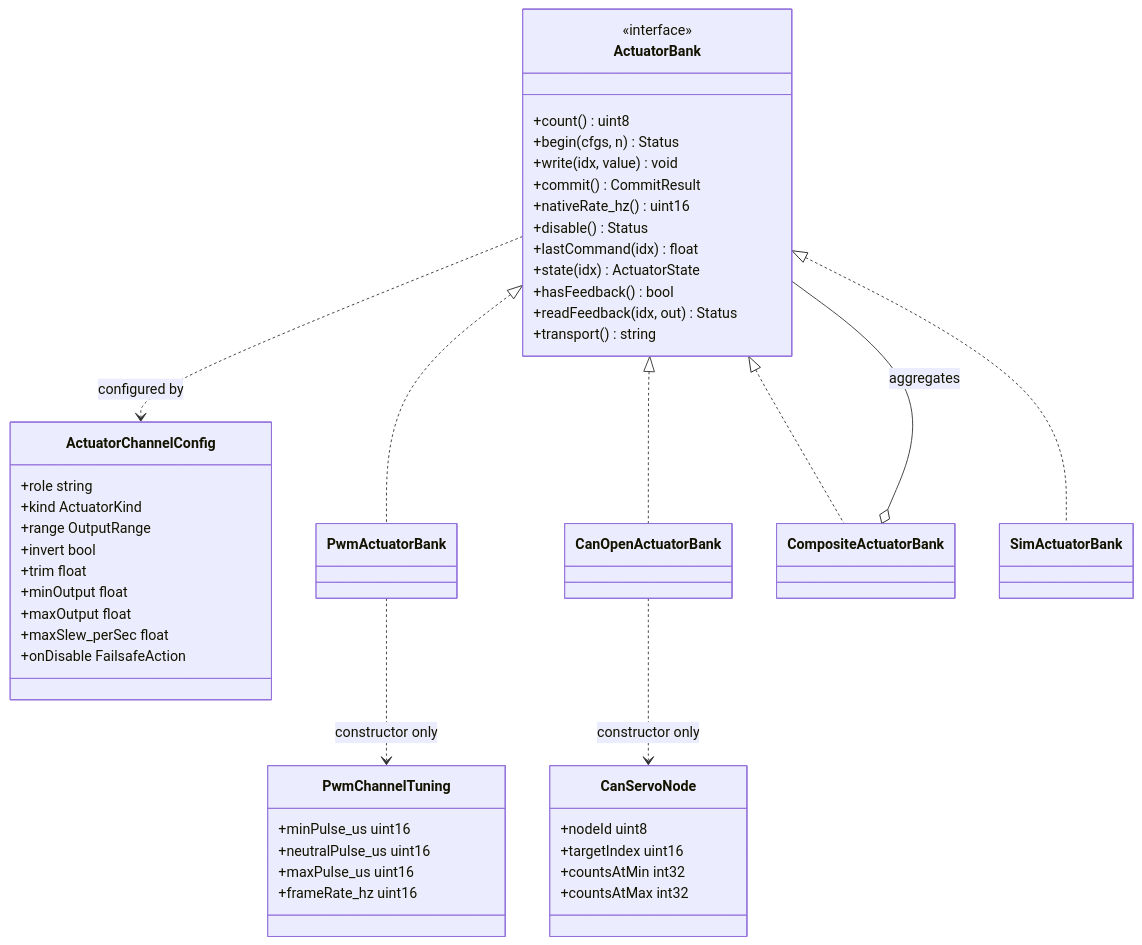
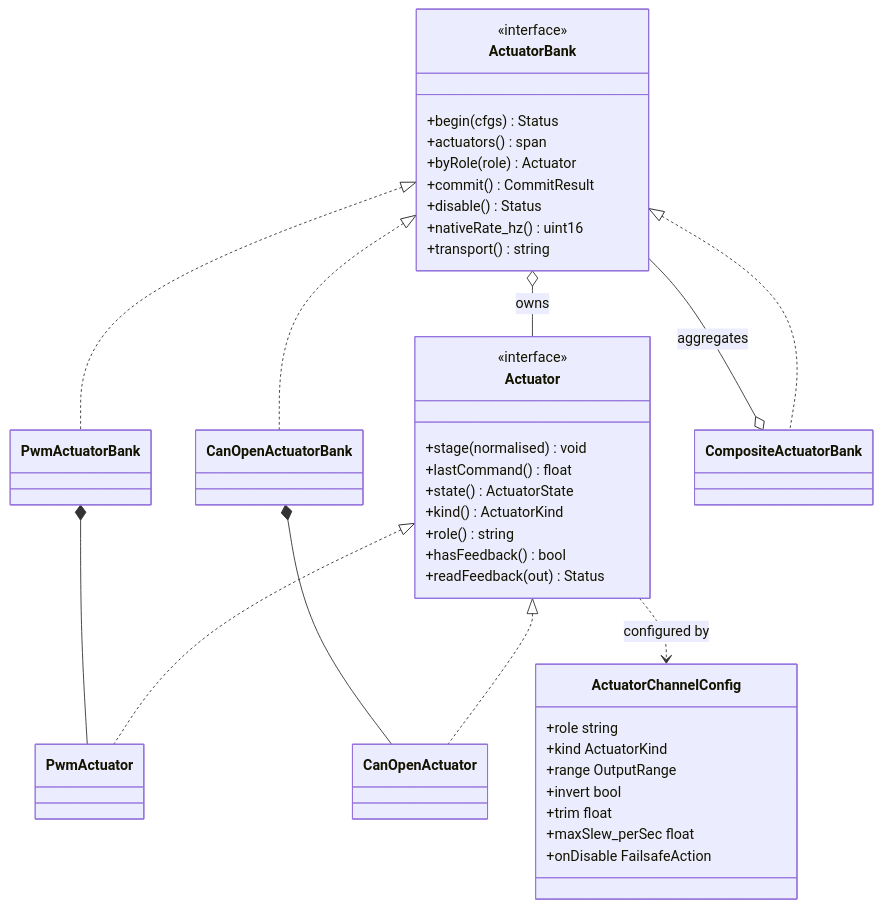
Before and after one commit to xanderwasserman/ArduFlite: the fourth of 10 diagrams in specs/hal/10-diagrams.md, drawn with Mermaid. The commit also changed other lines of this file and 4 other files, not shown here.

First line of the commit message:
HAL spec: split Actuator out of ActuatorBank (ADR-025)

````diff
--- a/specs/hal/10-diagrams.md
+++ b/specs/hal/10-diagrams.md
@@ -181,57 +181,52 @@
 ```mermaid
 classDiagram
+    class Actuator {
+        <<interface>>
+        +stage(normalised) void
+        +lastCommand() float
+        +state() ActuatorState
+        +kind() ActuatorKind
+        +role() string
+        +hasFeedback() bool
+        +readFeedback(out) Status
+    }
+
     class ActuatorBank {
         <<interface>>
-        +count() uint8
-        +begin(cfgs, n) Status
-        +write(idx, value) void
+        +begin(cfgs) Status
+        +actuators() span
+        +byRole(role) Actuator
         +commit() CommitResult
+        +disable() Status
         +nativeRate_hz() uint16
-        +disable() Status
-        +lastCommand(idx) float
-        +state(idx) ActuatorState
-        +hasFeedback() bool
-        +readFeedback(idx, out) Status
         +transport() string
     }
 
     class ActuatorChannelConfig {
         +role string
         +kind ActuatorKind
         +range OutputRange
         +invert bool
         +trim float
-        +minOutput float
-        +maxOutput float
         +maxSlew_perSec float
         +onDisable FailsafeAction
     }
 
-    class PwmChannelTuning {
-        +minPulse_us uint16
-        +neutralPulse_us uint16
-        +maxPulse_us uint16
-        +frameRate_hz uint16
-    }
-
-    class CanServoNode {
-        +nodeId uint8
-        +targetIndex uint16
-        +countsAtMin int32
-        +countsAtMax int32
-    }
-
+    class PwmActuator
+    class CanOpenActuator
     class PwmActuatorBank
     class CanOpenActuatorBank
     class CompositeActuatorBank
-    class SimActuatorBank
 
+    Actuator <|.. PwmActuator
+    Actuator <|.. CanOpenActuator
     ActuatorBank <|.. PwmActuatorBank
     ActuatorBank <|.. CanOpenActuatorBank
     ActuatorBank <|.. CompositeActuatorBank
-    ActuatorBank <|.. SimActuatorBank
-    ActuatorBank ..> ActuatorChannelConfig : configured by
+
+    ActuatorBank o-- Actuator : owns
+    PwmActuatorBank *-- PwmActuator
+    CanOpenActuatorBank *-- CanOpenActuator
     CompositeActuatorBank o-- ActuatorBank : aggregates
-    PwmActuatorBank ..> PwmChannelTuning : constructor only
-    CanOpenActuatorBank ..> CanServoNode : constructor only
+    Actuator ..> ActuatorChannelConfig : configured by
 ```
````
